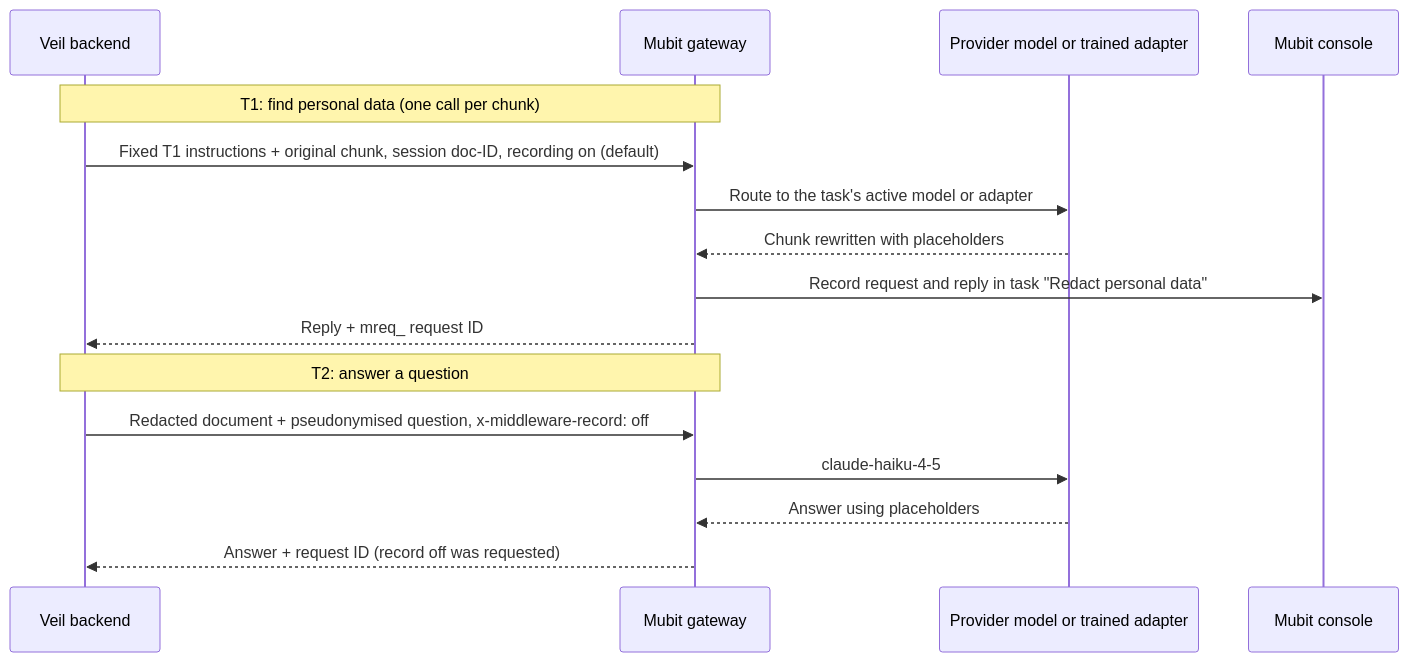
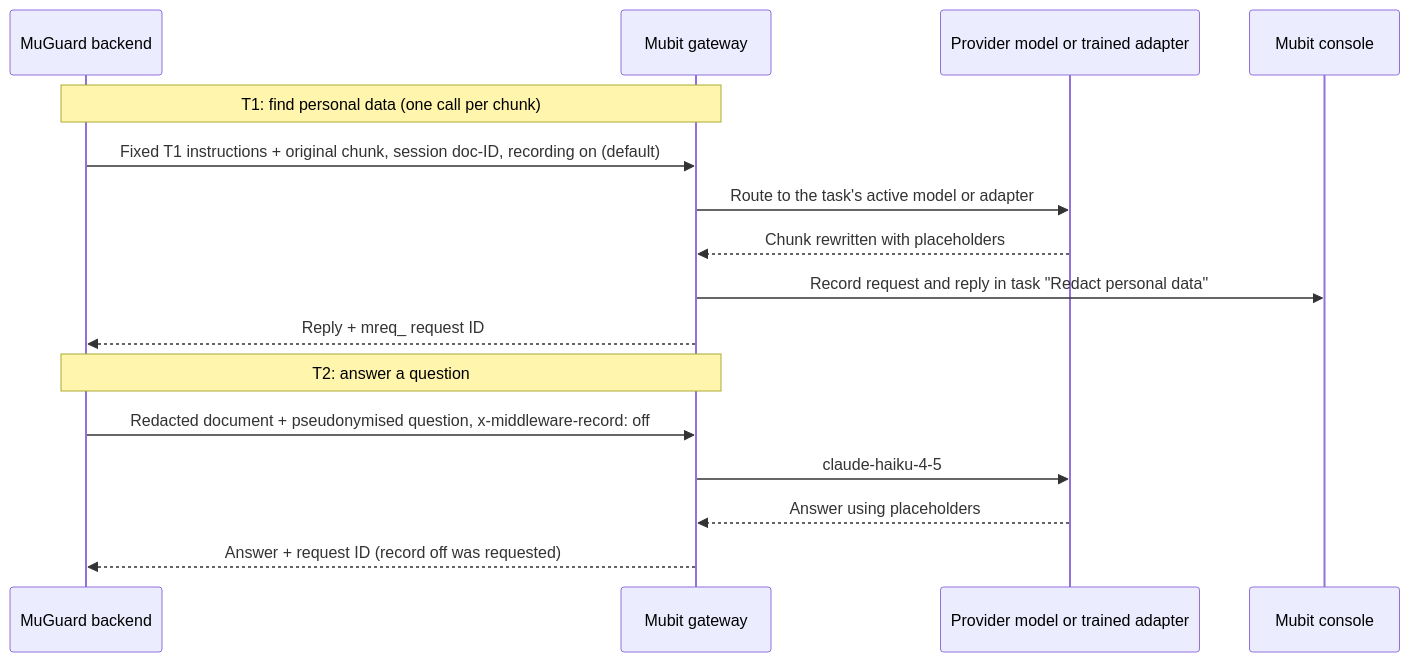
The fifth of 6 diagrams in README.md (kolyamkl/night-shift), drawn with Mermaid before and after one commit. The commit also changed other lines of this file and 28 other files, not shown here.

First line of the commit message:
Rename the app to MuGuard; simple high-level diagrams in README

````diff
--- a/README.md
+++ b/README.md
@@ -116,20 +165,20 @@
 ```mermaid
 sequenceDiagram
-    participant API as Veil backend
+    participant API as MuGuard backend
     participant M as Mubit gateway
     participant P as Provider model or trained adapter
     participant C as Mubit console
 
     Note over API,M: T1: find personal data (one call per chunk)
     API->>M: Fixed T1 instructions + original chunk, session doc-ID, recording on (default)
     M->>P: Route to the task's active model or adapter
     P-->>M: Chunk rewritten with placeholders
     M->>C: Record request and reply in task "Redact personal data"
     M-->>API: Reply + mreq_ request ID
 
     Note over API,M: T2: answer a question
     API->>M: Redacted document + pseudonymised question, x-middleware-record: off
     M->>P: claude-haiku-4-5
     P-->>M: Answer using placeholders
     M-->>API: Answer + request ID (record off was requested)
 ```
````
